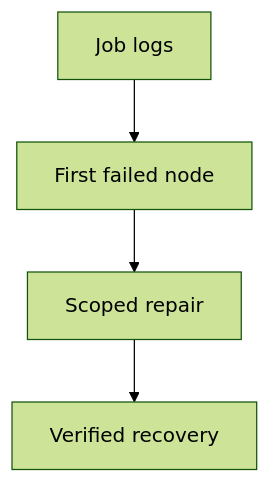
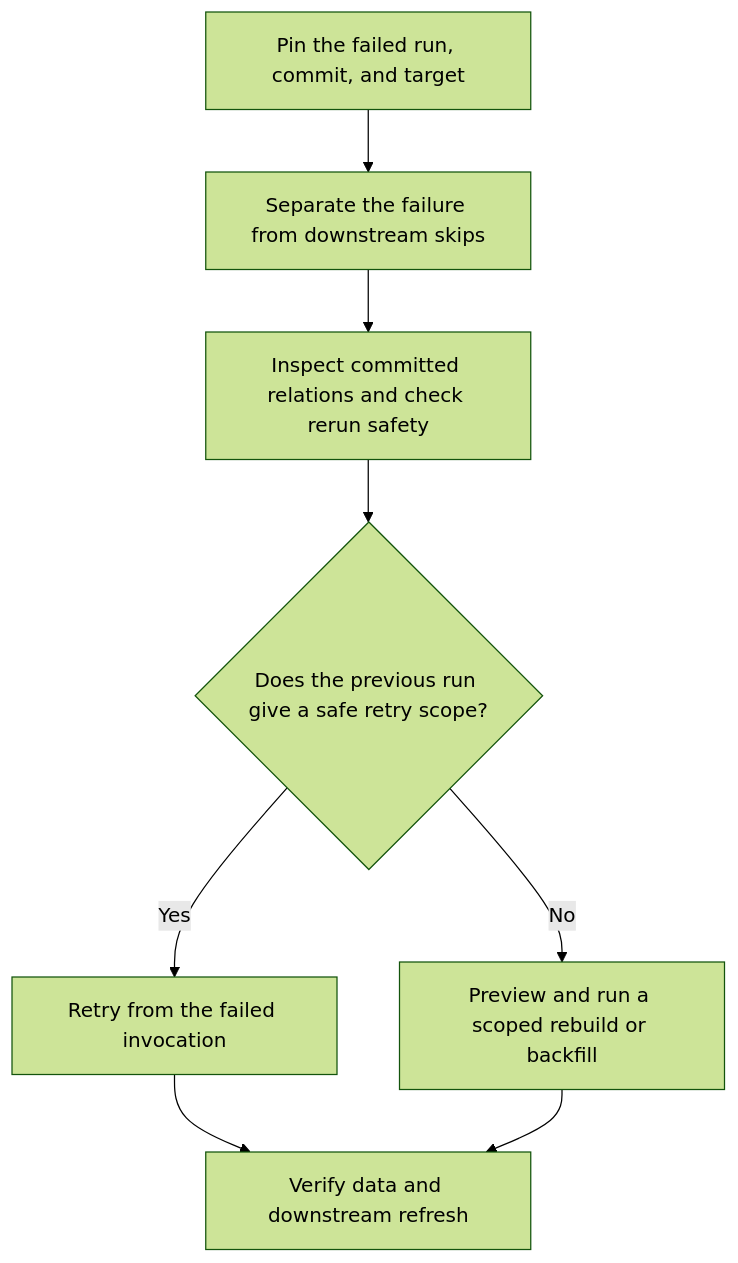
The diagram in docs/lessons/0020-production-safety-profiling-and-recovery.md (Rohit1024/dbt-learn), drawn with Mermaid (forest theme) before and after one commit. The commit also changed other lines of this file and 4 other files, not shown here.

````diff
--- a/docs/lessons/0020-production-safety-profiling-and-recovery.md
+++ b/docs/lessons/0020-production-safety-profiling-and-recovery.md
@@ -7,8 +14,10 @@
 ```mermaid
 flowchart TD
-    A["Job logs"]
-    B["First failed node"]
-    C["Scoped repair"]
-    D["Verified recovery"]
-    A --> B --> C --> D
+    A["Pin the failed run, commit, and target"] --> B["Separate the failure from downstream skips"]
+    B --> C["Inspect committed relations and check rerun safety"]
+    C --> D{"Does the previous run give a safe retry scope?"}
+    D -->|"Yes"| E["Retry from the failed invocation"]
+    D -->|"No"| F["Preview and run a scoped rebuild or backfill"]
+    E --> G["Verify data and downstream refresh"]
+    F --> G
 ```
````
